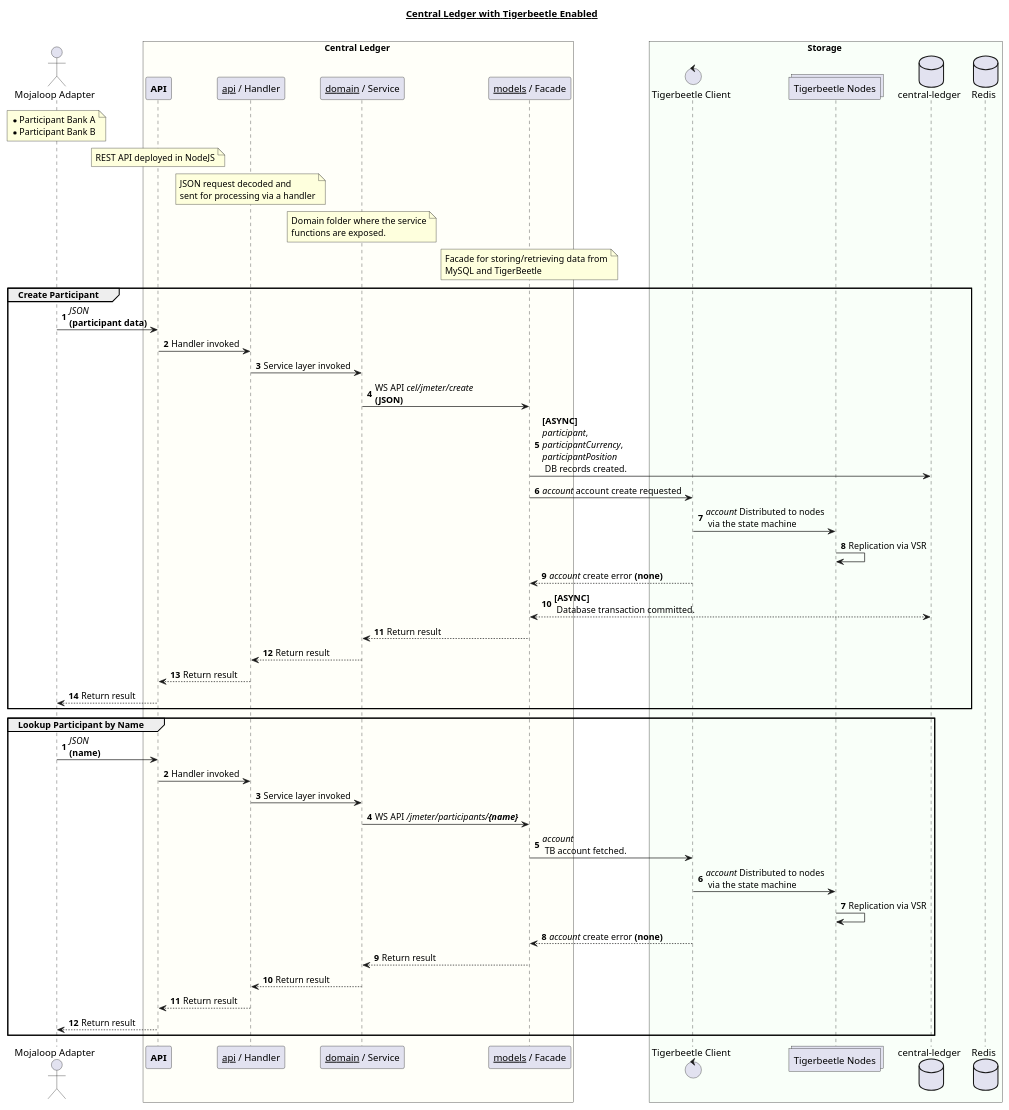
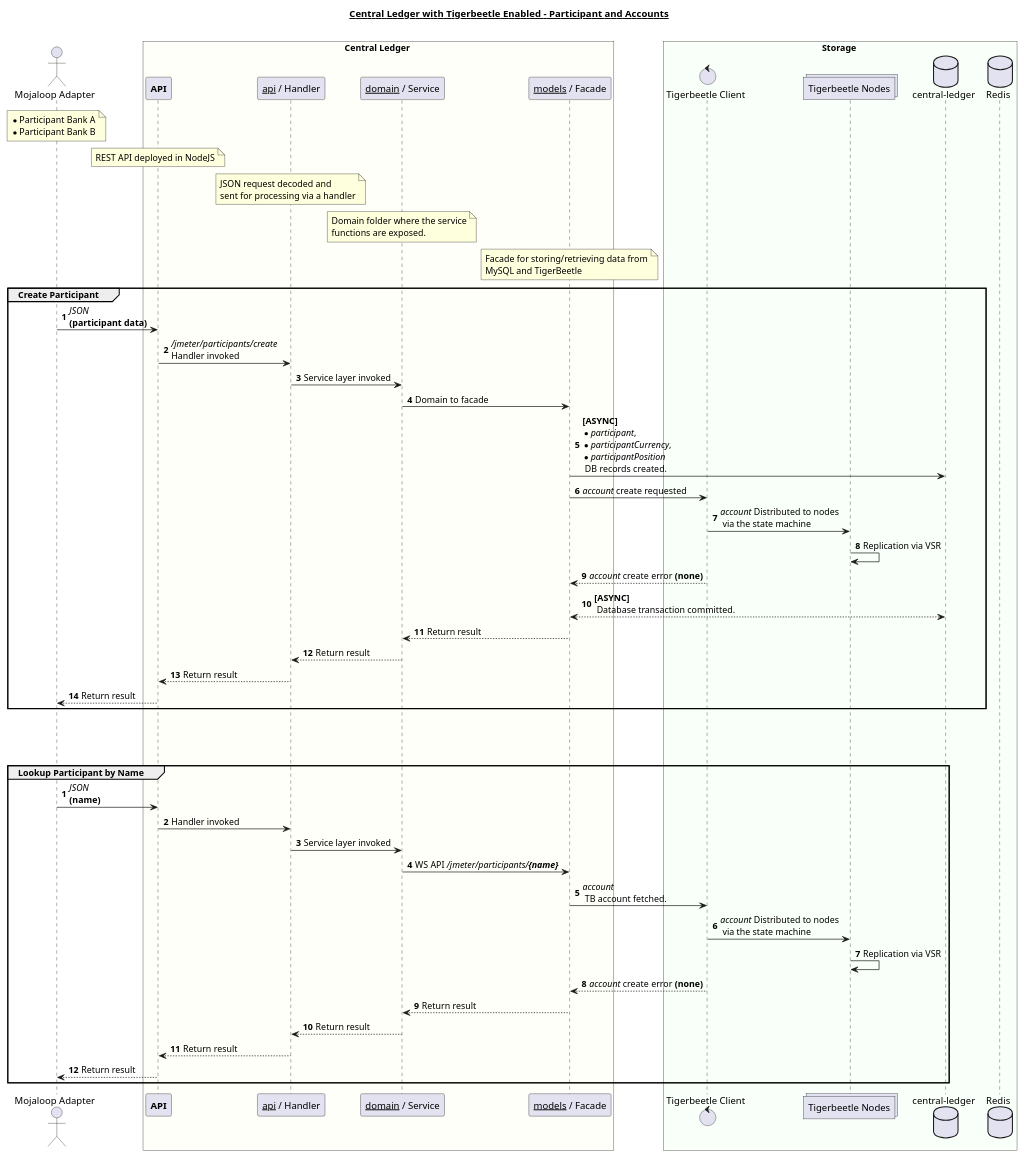
One commit to coilhq/mucoa changed the diagram in solution_design/sequence-participant-tb-enabled.puml. Above: the diagram before and after it, drawn with PlantUML. The commit also changed 6 other files, not shown here.

```diff
--- a/solution_design/sequence-participant-tb-enabled.puml
+++ b/solution_design/sequence-participant-tb-enabled.puml
@@ -1,77 +1,79 @@
 @startuml
-title "__**Central Ledger with Tigerbeetle Enabled**__\n"
+title "__**Central Ledger with Tigerbeetle Enabled - Participant and Accounts**__\n"
 
 actor "Mojaloop Adapter" as dfsp
 note over dfsp
     * Participant Bank A
     * Participant Bank B
 end note
 
 box Central Ledger #FFFFF9
     participant "**API**" as cl_api
     participant "__api__ / Handler" as cl_handler
     participant "__domain__ / Service" as cl_domain
     participant "__models__ / Facade" as cl_facade
 
     note over cl_api
         REST API deployed in NodeJS
     end note
 
     note over cl_handler
         JSON request decoded and
         sent for processing via a handler
     end note
 
     note over cl_domain
         Domain folder where the service
         functions are exposed.
     end note
 
     note over cl_facade
         Facade for storing/retrieving data from
         MySQL and TigerBeetle
     end note
 end box
 
 box Storage #F9FFF9
 	control "Tigerbeetle Client" as tb_client
 	collections "Tigerbeetle Nodes" as tb_nodes
 	database "central-ledger" as cl_db
 	database "Redis" as redis_cache
 end box
 
 autonumber
 group Create Participant
     dfsp -> cl_api : //JSON// \n**(participant data)**
-    cl_api -> cl_handler : Handler invoked
+    cl_api -> cl_handler : ///jmeter/participants/create// \nHandler invoked
     cl_handler -> cl_domain : Service layer invoked
-    cl_domain -> cl_facade : WS API //cel/jmeter/create//  \n**(JSON)**
-    cl_facade -> cl_db : **[ASYNC]**\n//participant//, \n//participantCurrency//, \n//participantPosition// \n DB records created.
-    cl_facade -> tb_client : //account// account create requested
+    cl_domain -> cl_facade : Domain to facade
+    cl_facade -> cl_db : **[ASYNC]**\n*//participant//, \n*//participantCurrency//, \n*//participantPosition// \n DB records created.
+    cl_facade -> tb_client : //account// create requested
     tb_client -> tb_nodes : //account// Distributed to nodes\n via the state machine
     tb_nodes -> tb_nodes : Replication via VSR
     tb_client --> cl_facade : //account// create error **(none)**
     cl_db <--> cl_facade : **[ASYNC]**\n Database transaction committed.
     cl_facade --> cl_domain : Return result
     cl_domain --> cl_handler : Return result
     cl_handler --> cl_api : Return result
     cl_api --> dfsp : Return result
 end
+
+||70||
 
 autonumber
 group Lookup Participant by Name
     dfsp -> cl_api : //JSON// \n**(name)**
     cl_api -> cl_handler : Handler invoked
     cl_handler -> cl_domain : Service layer invoked
     cl_domain -> cl_facade : WS API ///jmeter/participants/**{name}**//
     cl_facade -> tb_client : //account//\n TB account fetched.
     tb_client -> tb_nodes : //account// Distributed to nodes\n via the state machine
     tb_nodes -> tb_nodes : Replication via VSR
     tb_client --> cl_facade : //account// create error **(none)**
     cl_facade --> cl_domain : Return result
     cl_domain --> cl_handler : Return result
     cl_handler --> cl_api : Return result
     cl_api --> dfsp : Return result
 end
 
 @enduml
```
